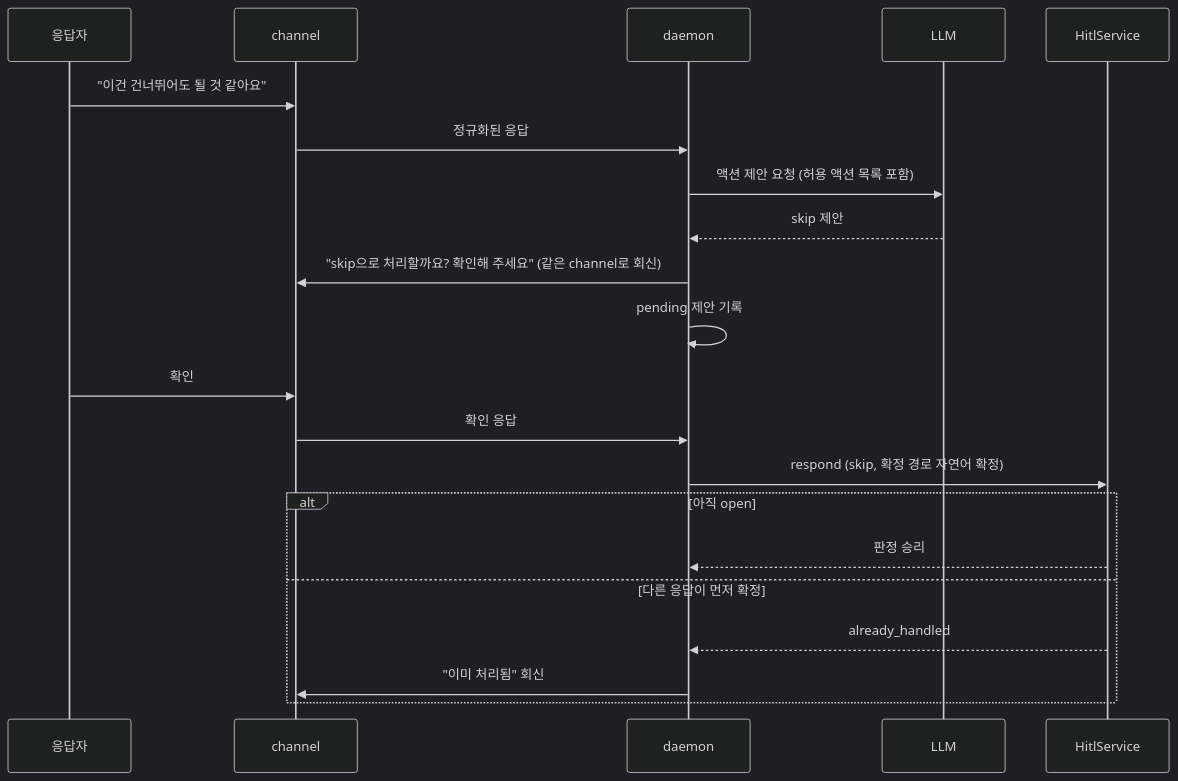
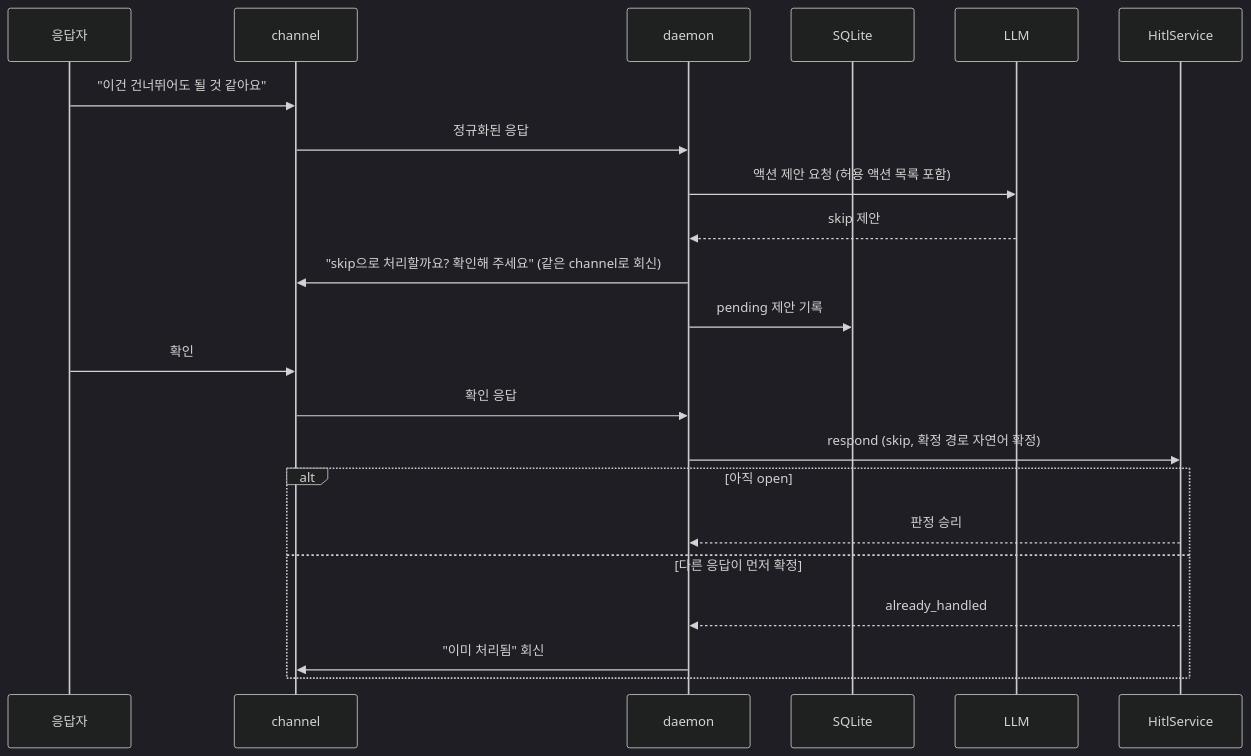
Before and after one commit to kys0213/belt: the sixth of 6 diagrams in spec/concerns/notification.md, drawn with Mermaid (dark theme). The commit also changed other lines of this file and 1 other file, not shown here.

````diff
--- a/spec/concerns/notification.md
+++ b/spec/concerns/notification.md
@@ -225,23 +221,24 @@
 ```mermaid
 sequenceDiagram
     participant U as 응답자
     participant C as channel
     participant D as daemon
+    participant DB as SQLite
     participant L as LLM
     participant H as HitlService
     U->>C: "이건 건너뛰어도 될 것 같아요"
     C->>D: 정규화된 응답
     D->>L: 액션 제안 요청 (허용 액션 목록 포함)
     L-->>D: skip 제안
     D->>C: "skip으로 처리할까요? 확인해 주세요" (같은 channel로 회신)
-    D->>D: pending 제안 기록
+    D->>DB: pending 제안 기록
     U->>C: 확인
     C->>D: 확인 응답
     D->>H: respond (skip, 확정 경로 자연어 확정)
     alt 아직 open
         H-->>D: 판정 승리
     else 다른 응답이 먼저 확정
         H-->>D: already_handled
         D->>C: "이미 처리됨" 회신
     end
 ```
````
